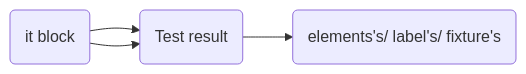
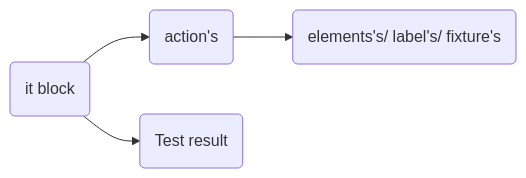
The diagram in README.md (tayyabsaleem7756/ignicube), drawn with Mermaid before and after one commit.

````diff
--- a/README.md
+++ b/README.md
@@ -86,5 +86,5 @@
 ```mermaid
 graph LR
 A(it block) -->B(action's) -->C(elements's/ label's/ fixture's) 
-A(it block) -->B(Test result)
+A(it block) -->D(Test result)
 ```
````
